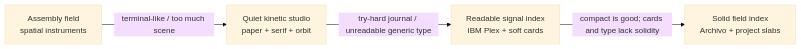
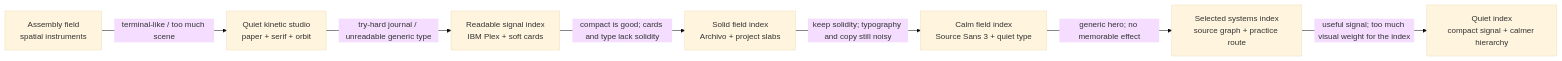
The diagram in docs/portfolio-redesign-handoff.md (vasyapym/vasyapym.github.io), drawn with Mermaid (base theme) before and after one commit. The commit also changed other lines of this file and 33 other files, not shown here.

````diff
--- a/docs/portfolio-redesign-handoff.md
+++ b/docs/portfolio-redesign-handoff.md
@@ -50,6 +51,9 @@
 ```mermaid
 flowchart LR
   A["Assembly field<br/>spatial instruments"] -->|"terminal-like / too much scene"| B["Quiet kinetic studio<br/>paper + serif + orbit"]
   B -->|"try-hard journal / unreadable generic type"| C["Readable signal index<br/>IBM Plex + soft cards"]
   C -->|"compact is good; cards and type lack solidity"| D["Solid field index<br/>Archivo + project slabs"]
+  D -->|"keep solidity; typography and copy still noisy"| E["Calm field index<br/>Source Sans 3 + quiet type"]
+  E -->|"generic hero; no memorable effect"| F["Selected systems index<br/>source graph + practice route"]
+  F -->|"useful signal; too much visual weight for the index"| G["Quiet index<br/>compact signal + calmer hierarchy"]
 ```
````
